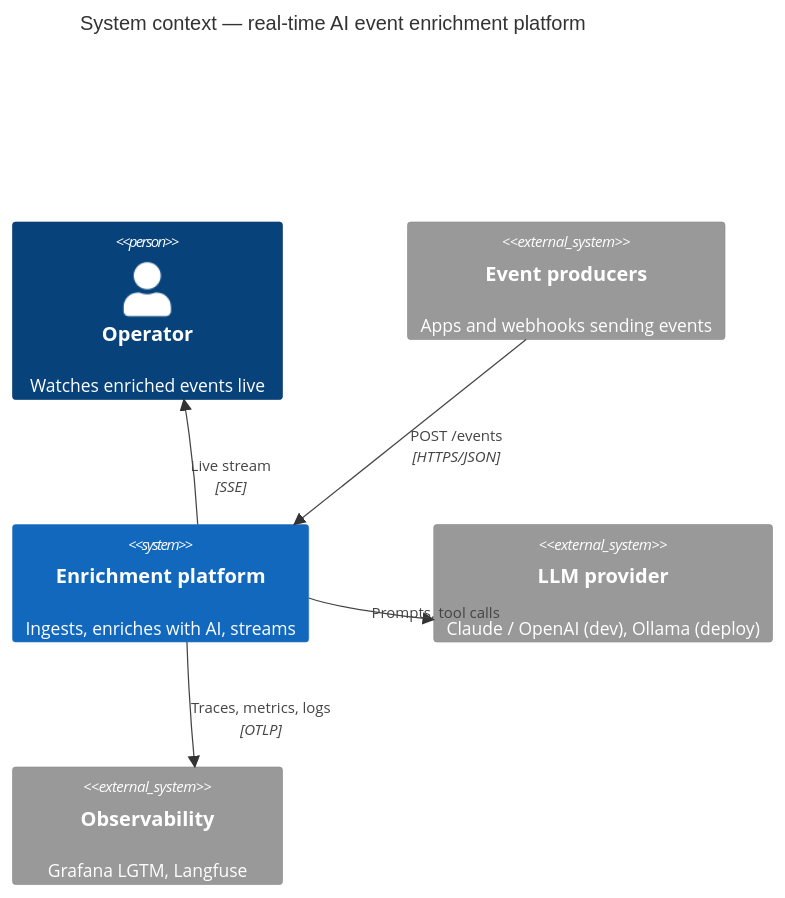
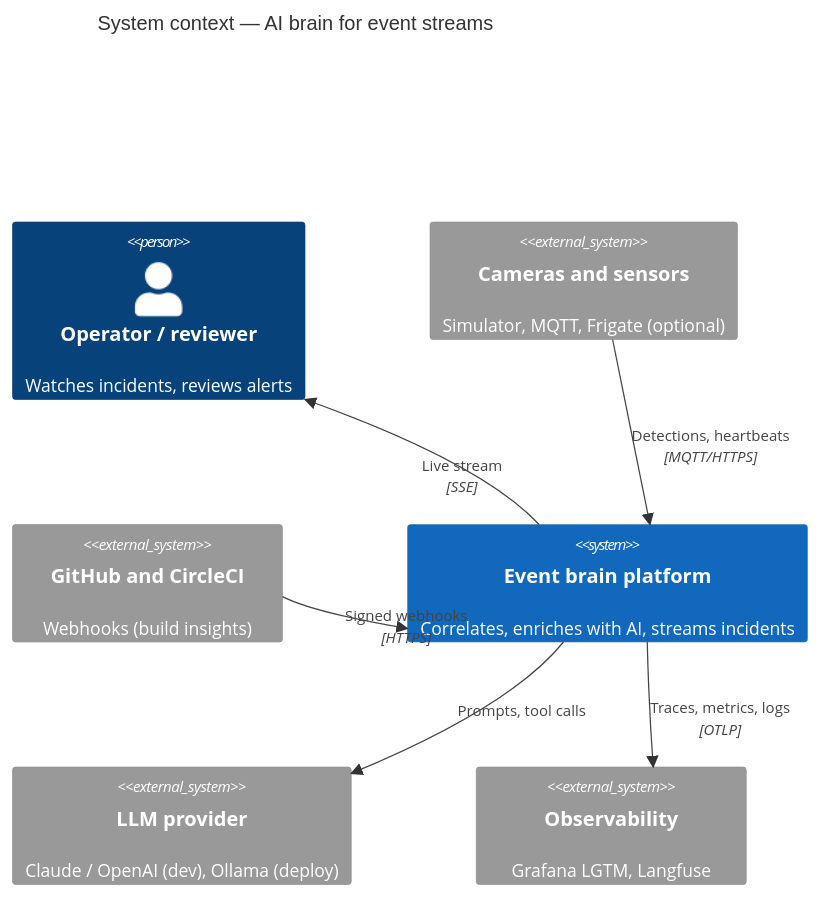
The first of 2 diagrams in docs/architecture/README.md (doikenichi/real-time-ai-event-enrichment-platform), drawn with Mermaid before and after one commit. The commit also changed other lines of this file and 6 other files, not shown here.

First line of the commit message:
lab: choose the product: smart surveillance brain and build insights

````diff
--- a/docs/architecture/README.md
+++ b/docs/architecture/README.md
@@ -20,13 +20,15 @@
 ```mermaid
 C4Context
-    title System context — real-time AI event enrichment platform
-    Person(user, "Operator", "Watches enriched events live")
-    System_Ext(producer, "Event producers", "Apps and webhooks sending events")
-    System(platform, "Enrichment platform", "Ingests, enriches with AI, streams")
+    title System context — AI brain for event streams
+    Person(user, "Operator / reviewer", "Watches incidents, reviews alerts")
+    System_Ext(cams, "Cameras and sensors", "Simulator, MQTT, Frigate (optional)")
+    System_Ext(ci, "GitHub and CircleCI", "Webhooks (build insights)")
+    System(platform, "Event brain platform", "Correlates, enriches with AI, streams incidents")
     System_Ext(llm, "LLM provider", "Claude / OpenAI (dev), Ollama (deploy)")
     System_Ext(obs, "Observability", "Grafana LGTM, Langfuse")
-    Rel(producer, platform, "POST /events", "HTTPS/JSON")
+    Rel(cams, platform, "Detections, heartbeats", "MQTT/HTTPS")
+    Rel(ci, platform, "Signed webhooks", "HTTPS")
     Rel(platform, llm, "Prompts, tool calls")
     Rel(platform, user, "Live stream", "SSE")
     Rel(platform, obs, "Traces, metrics, logs", "OTLP")
 ```
````
